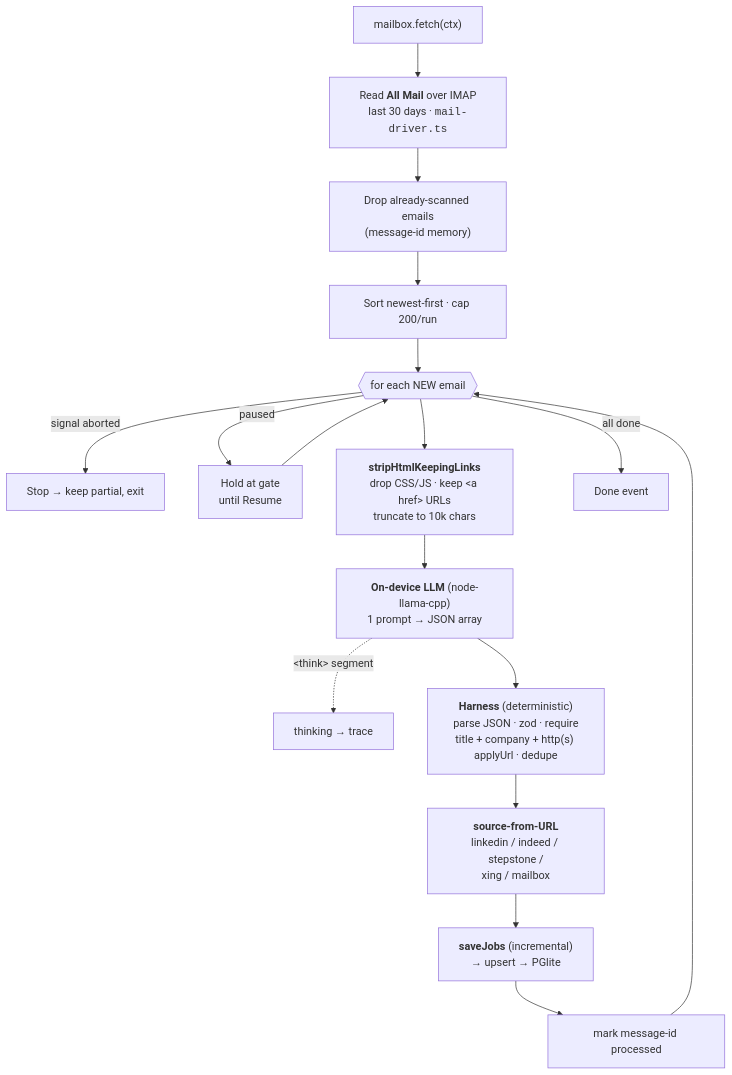
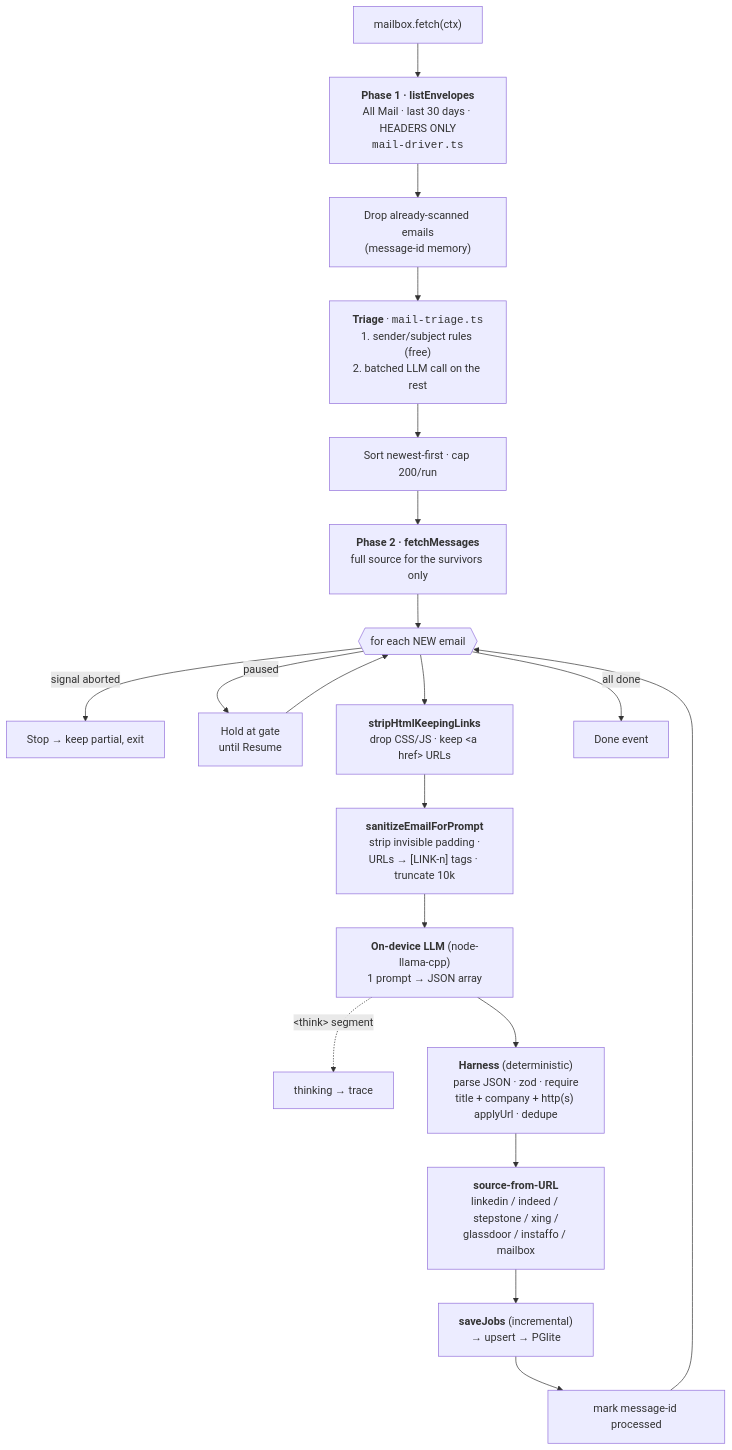
The second of 3 diagrams in docs/AI-ARCHITECTURE.md (SouhaibBenFarhat/easy-apply), drawn with Mermaid before and after one commit. The commit also changed other lines of this file and 40 other files, not shown here.

````diff
--- a/docs/AI-ARCHITECTURE.md
+++ b/docs/AI-ARCHITECTURE.md
@@ -98,21 +98,24 @@
 ```mermaid
 flowchart TD
-  Start["mailbox.fetch(ctx)"] --> IMAP["Read <b>All Mail</b> over IMAP<br/>last 30 days · <code>mail-driver.ts</code>"]
+  Start["mailbox.fetch(ctx)"] --> IMAP["<b>Phase 1 · listEnvelopes</b><br/>All Mail · last 30 days · HEADERS ONLY<br/><code>mail-driver.ts</code>"]
   IMAP --> Skip["Drop already-scanned emails<br/>(message-id memory)"]
-  Skip --> Sort["Sort newest-first · cap 200/run"]
-  Sort --> Loop{{"for each NEW email"}}
+  Skip --> Triage["<b>Triage</b> · <code>mail-triage.ts</code><br/>1. sender/subject rules (free)<br/>2. batched LLM call on the rest"]
+  Triage --> Sort["Sort newest-first · cap 200/run"]
+  Sort --> Bodies["<b>Phase 2 · fetchMessages</b><br/>full source for the survivors only"]
+  Bodies --> Loop{{"for each NEW email"}}
 
   Loop -->|"signal aborted"| Stopped["Stop → keep partial, exit"]
   Loop -->|"paused"| Hold["Hold at gate<br/>until Resume"]
   Hold --> Loop
 
-  Loop --> Strip["<b>stripHtmlKeepingLinks</b><br/>drop CSS/JS · keep &lt;a href&gt; URLs<br/>truncate to 10k chars"]
-  Strip --> LLM["<b>On-device LLM</b> (node-llama-cpp)<br/>1 prompt → JSON array"]
+  Loop --> Strip["<b>stripHtmlKeepingLinks</b><br/>drop CSS/JS · keep &lt;a href&gt; URLs"]
+  Strip --> Sanitize["<b>sanitizeEmailForPrompt</b><br/>strip invisible padding ·<br/>URLs → [LINK-n] tags · truncate 10k"]
+  Sanitize --> LLM["<b>On-device LLM</b> (node-llama-cpp)<br/>1 prompt → JSON array"]
   LLM -.->|"&lt;think&gt; segment"| Trace["thinking → trace"]
   LLM --> Harness["<b>Harness</b> (deterministic)<br/>parse JSON · zod · require<br/>title + company + http(s) applyUrl · dedupe"]
-  Harness --> Route["<b>source-from-URL</b><br/>linkedin / indeed / stepstone /<br/>xing / mailbox"]
+  Harness --> Route["<b>source-from-URL</b><br/>linkedin / indeed / stepstone / xing /<br/>glassdoor / instaffo / mailbox"]
   Route --> Save["<b>saveJobs</b> (incremental)<br/>→ upsert → PGlite"]
   Save --> Mark["mark message-id processed"]
   Mark --> Loop
   Loop -->|"all done"| Done["Done event"]
 ```
````
